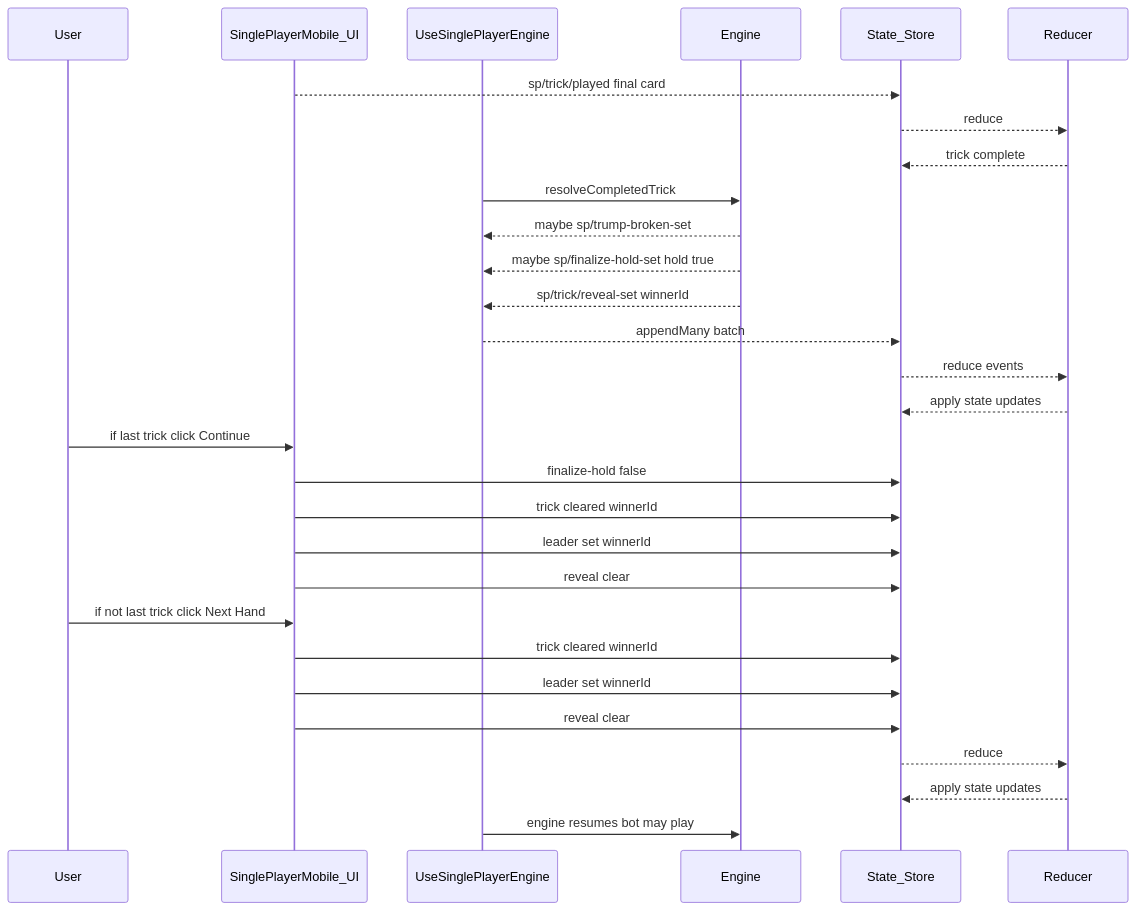
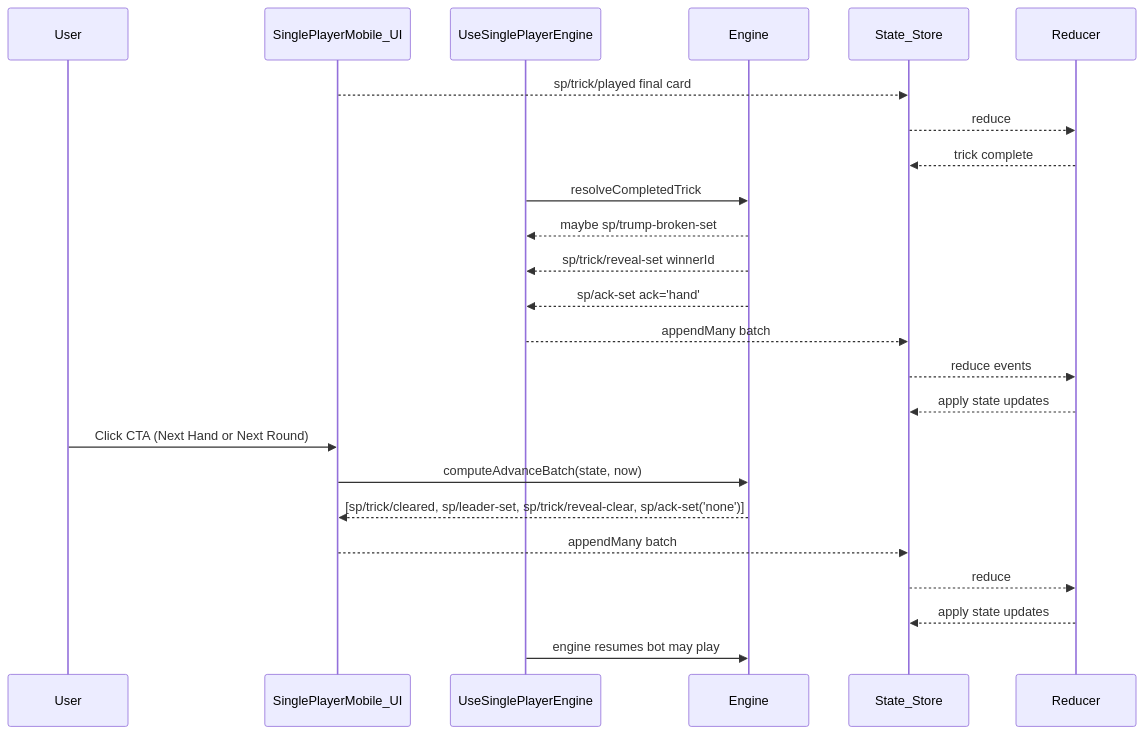
One commit to MikeLockz/el-dorado-score-keeper changed the first of 2 diagrams in END-OF-TURN-FLOW.md. Above: the diagram before and after it, drawn with Mermaid. The commit also changed other lines of this file and 2 other files, not shown here.

Commit message:
docs: update end-of-turn flow diagrams, implementation summary, and changelog (Phase 8)

````diff
--- a/END-OF-TURN-FLOW.md
+++ b/END-OF-TURN-FLOW.md
@@ -7,31 +7,26 @@
 ```mermaid
 sequenceDiagram
   participant U as User
   participant UI as SinglePlayerMobile_UI
   participant Hook as UseSinglePlayerEngine
   participant Eng as Engine
   participant Store as State_Store
   participant Red as Reducer
   UI-->>Store: sp/trick/played final card
   Store-->>Red: reduce
   Red-->>Store: trick complete
   Hook->>Eng: resolveCompletedTrick
   Eng-->>Hook: maybe sp/trump-broken-set
-  Eng-->>Hook: maybe sp/finalize-hold-set hold true
   Eng-->>Hook: sp/trick/reveal-set winnerId
+  Eng-->>Hook: sp/ack-set ack='hand'
   Hook-->>Store: appendMany batch
   Store-->>Red: reduce events
   Red-->>Store: apply state updates
-  U->>UI: if last trick click Continue
-  UI->>Store: finalize-hold false
-  UI->>Store: trick cleared winnerId
-  UI->>Store: leader set winnerId
-  UI->>Store: reveal clear
-  U->>UI: if not last trick click Next Hand
-  UI->>Store: trick cleared winnerId
-  UI->>Store: leader set winnerId
-  UI->>Store: reveal clear
+  U->>UI: Click CTA (Next Hand or Next Round)
+  UI->>Eng: computeAdvanceBatch(state, now)
+  Eng-->>UI: [sp/trick/cleared, sp/leader-set, sp/trick/reveal-clear, sp/ack-set('none')]
+  UI-->>Store: appendMany batch
   Store-->>Red: reduce
   Red-->>Store: apply state updates
   Hook->>Eng: engine resumes bot may play
 ```
````
